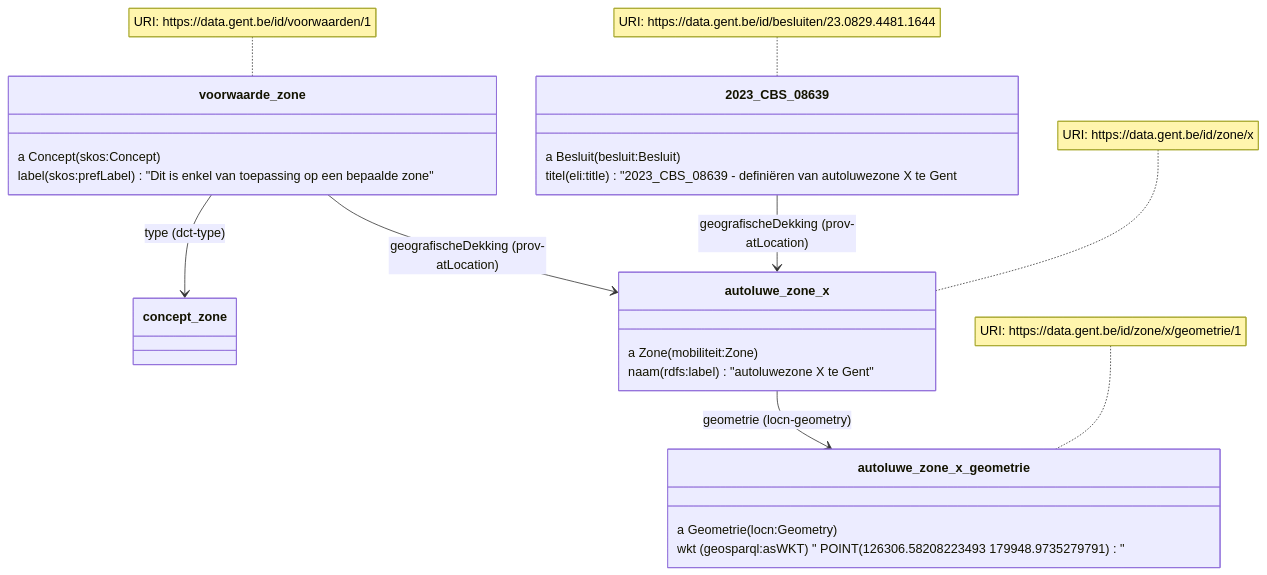
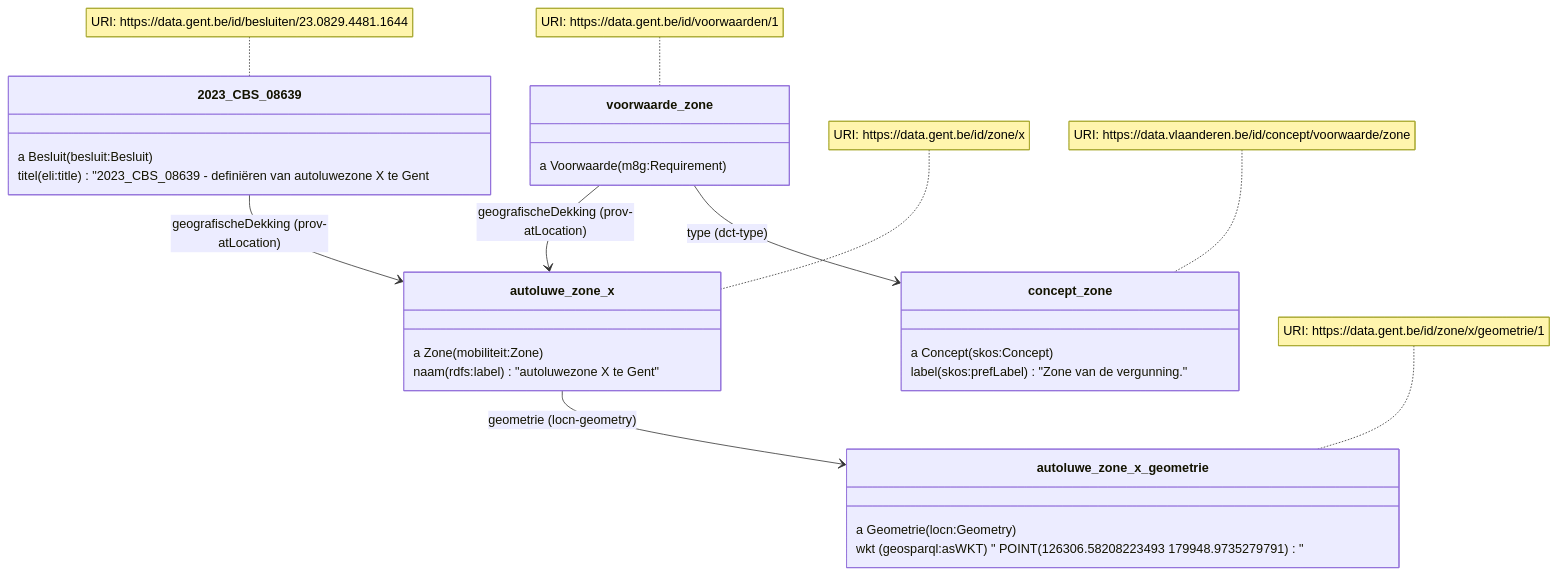
Before and after one commit to lblod/implementatiemodel-citerra: the first of 2 diagrams in README.md, drawn with Mermaid. The commit also changed other lines of this file, not shown here.

Commit message:
Add periode voorwaarde

````diff
--- a/README.md
+++ b/README.md
@@ -31,27 +31,31 @@
 ```mermaid
 classDiagram
     2023_CBS_08639 --> autoluwe_zone_x: geografischeDekking (prov-atLocation)
     autoluwe_zone_x --> autoluwe_zone_x_geometrie: geometrie (locn-geometry)
     voorwaarde_zone --> concept_zone: type (dct-type)
     voorwaarde_zone --> autoluwe_zone_x: geografischeDekking (prov-atLocation)
     note for 2023_CBS_08639 "URI: https://data.gent.be/id/besluiten/23.0829.4481.1644"
     note for autoluwe_zone_x "URI: https://data.gent.be/id/zone/x"
     note for autoluwe_zone_x_geometrie "URI: https://data.gent.be/id/zone/x/geometrie/1"
     note for voorwaarde_zone "URI: https://data.gent.be/id/voorwaarden/1"
+    note for concept_zone "URI: https://data.vlaanderen.be/id/concept/voorwaarde/zone"
     class 2023_CBS_08639 {
       a Besluit (besluit:Besluit)
       titel (eli:title) "2023_CBS_08639 - definiëren van autoluwezone X te Gent
     }
     class autoluwe_zone_x {
       a Zone (mobiliteit:Zone)
       naam (rdfs:label) "autoluwezone X te Gent"
     }
     class autoluwe_zone_x_geometrie {
       a Geometrie (locn:Geometry)
       wkt (geosparql:asWKT) "<http://www.opengis.net/def/crs/EPSG/0/31370> POINT(126306.58208223493 179948.9735279791)"
     }
     class voorwaarde_zone {
+      a Voorwaarde (m8g:Requirement)
+    }
+    class concept_zone {
       a Concept (skos:Concept)
-      label (skos:prefLabel) "Dit is enkel van toepassing op een bepaalde zone"
+      label (skos:prefLabel) "Zone van de vergunning."
     }
 ```
````
